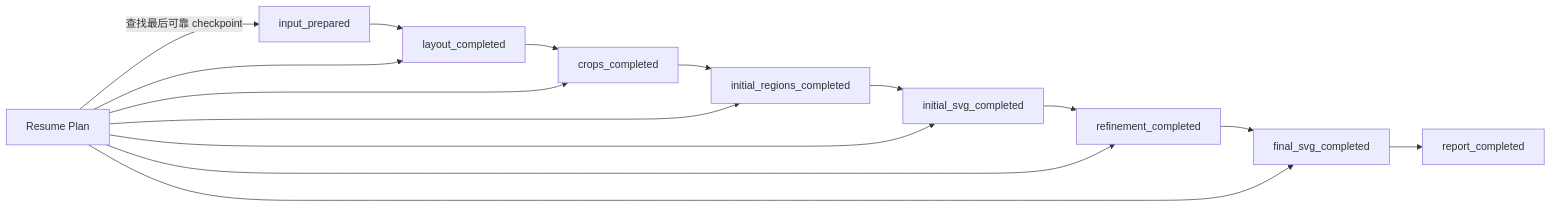
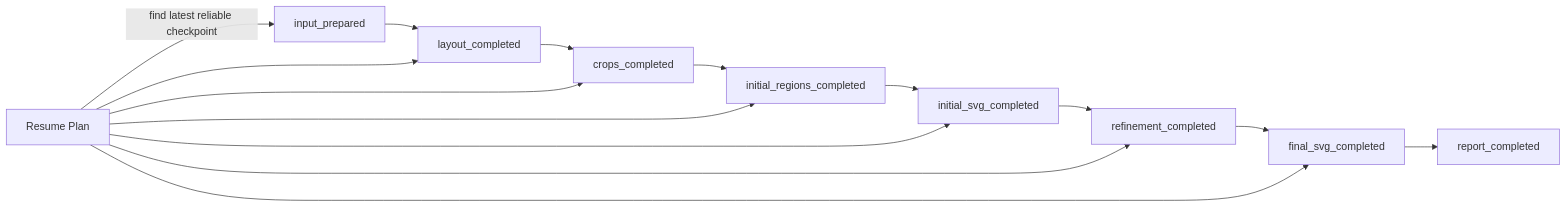
One commit to PeiXingXie/Raster2SVG-Demo changed the second of 4 diagrams in architecture-summary/04-state-artifacts-and-config.md. Above: the diagram before and after it, drawn with Mermaid. The commit also changed other lines of this file and 14 other files, not shown here.

````diff
--- a/architecture-summary/04-state-artifacts-and-config.md
+++ b/architecture-summary/04-state-artifacts-and-config.md
@@ -24,18 +32,18 @@
 ```mermaid
 flowchart LR
     C1["input_prepared"] --> C2["layout_completed"]
     C2 --> C3["crops_completed"]
     C3 --> C4["initial_regions_completed"]
     C4 --> C5["initial_svg_completed"]
     C5 --> C6["refinement_completed"]
     C6 --> C7["final_svg_completed"]
     C7 --> C8["report_completed"]
 
-    R["Resume Plan"] -->|"查找最后可靠 checkpoint"| C1
+    R["Resume Plan"] -->|"find latest reliable checkpoint"| C1
     R --> C2
     R --> C3
     R --> C4
     R --> C5
     R --> C6
     R --> C7
 ```
````
